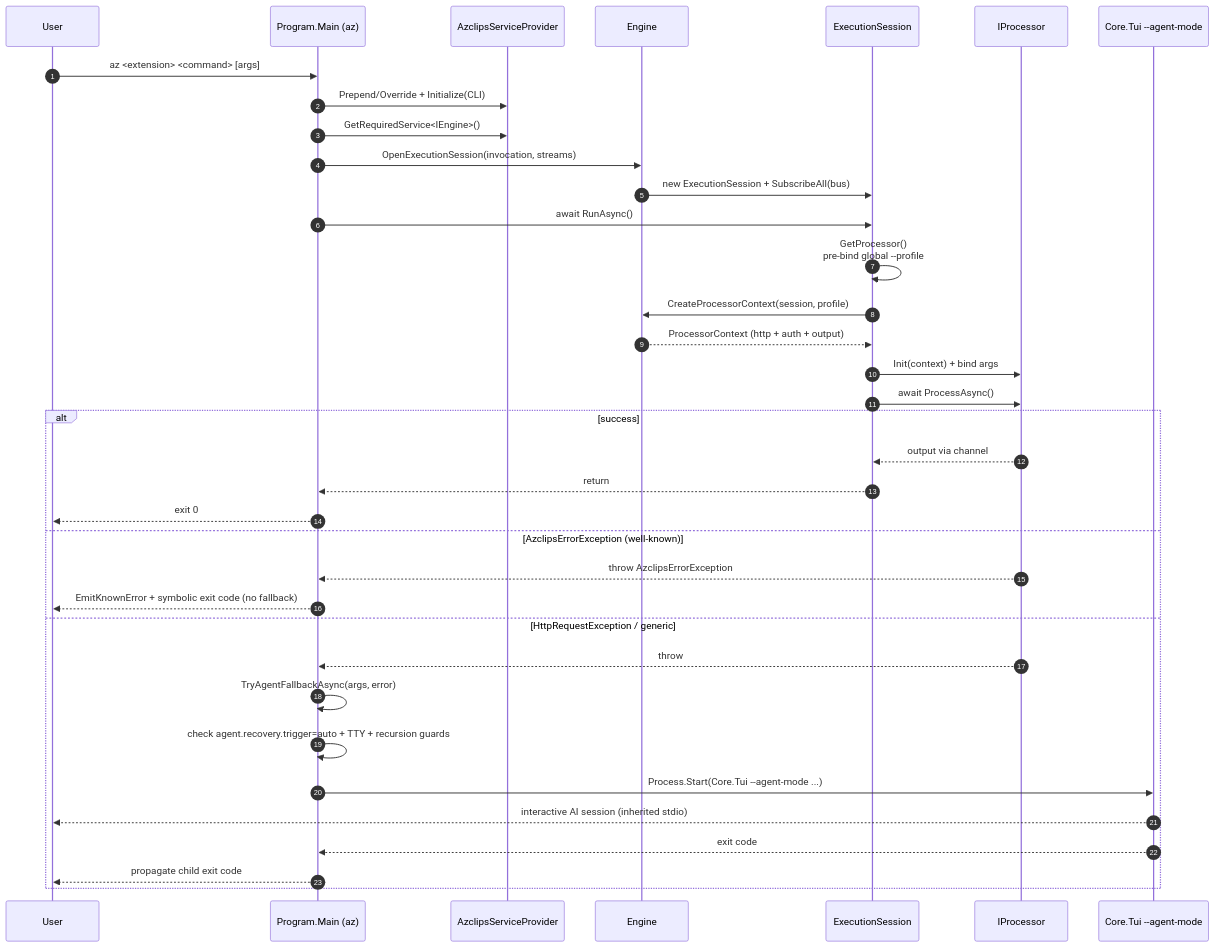
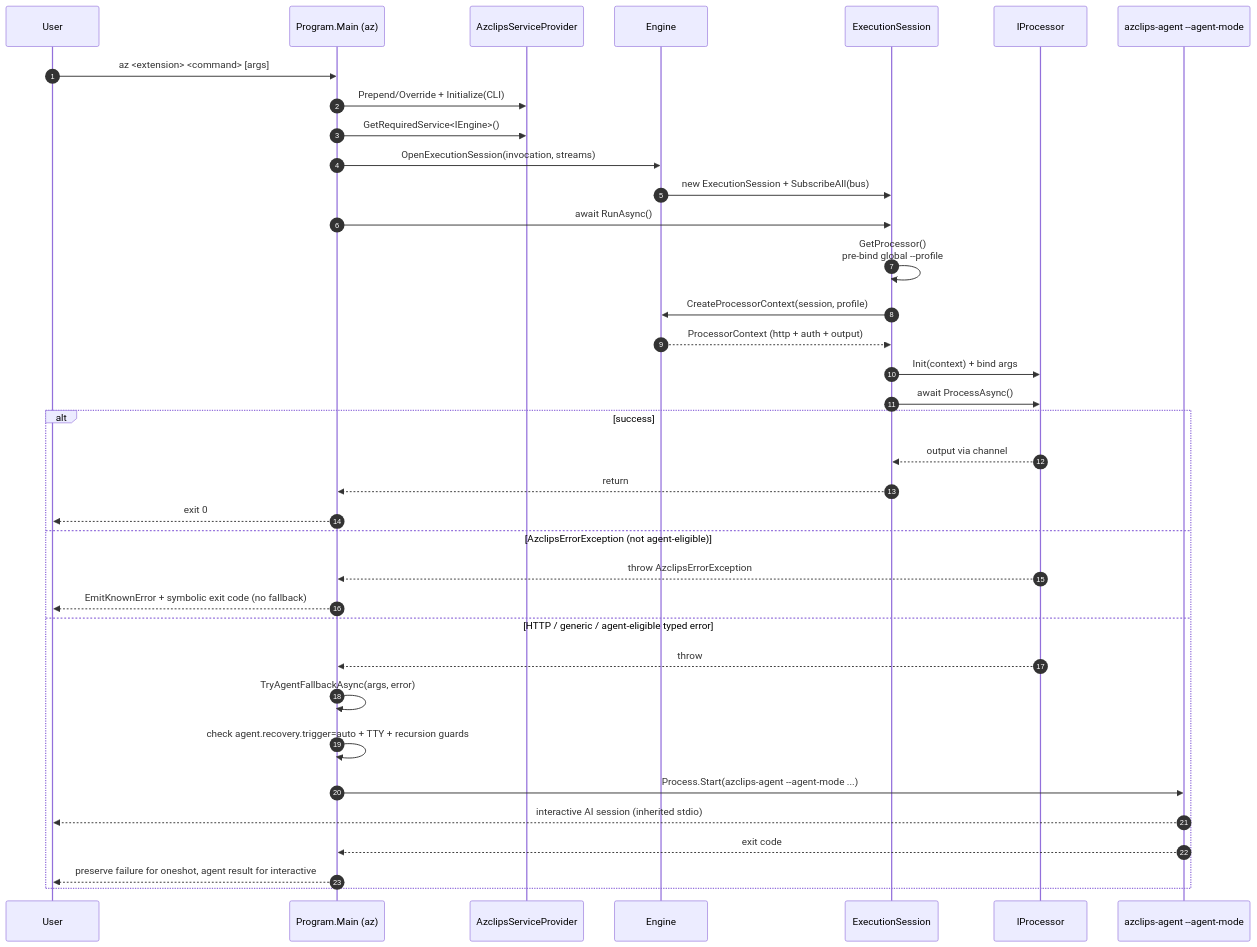
One commit to Azure/azclips changed the second of 2 diagrams in wiki/02-deep-dive/core-engine-orchestration.md. Above: the diagram before and after it, drawn with Mermaid. The commit also changed other lines of this file and 19 other files, not shown here.

````diff
--- a/wiki/02-deep-dive/core-engine-orchestration.md
+++ b/wiki/02-deep-dive/core-engine-orchestration.md
@@ -228,40 +235,40 @@
 ```mermaid
 sequenceDiagram
     autonumber
     participant User
     participant Main as Program.Main (az)
     participant DI as AzclipsServiceProvider
     participant Engine
     participant Session as ExecutionSession
     participant Proc as IProcessor
-    participant TUI as Core.Tui --agent-mode
+    participant TUI as azclips-agent --agent-mode
 
     User->>Main: az <extension> <command> [args]
     Main->>DI: Prepend/Override + Initialize(CLI)
     Main->>DI: GetRequiredService<IEngine>()
     Main->>Engine: OpenExecutionSession(invocation, streams)
     Engine->>Session: new ExecutionSession + SubscribeAll(bus)
     Main->>Session: await RunAsync()
     Session->>Session: GetProcessor()<br>pre-bind global --profile
     Session->>Engine: CreateProcessorContext(session, profile)
     Engine-->>Session: ProcessorContext (http + auth + output)
     Session->>Proc: Init(context) + bind args
     Session->>Proc: await ProcessAsync()
 
     alt success
         Proc-->>Session: output via channel
         Session-->>Main: return
         Main-->>User: exit 0
-    else AzclipsErrorException (well-known)
+    else AzclipsErrorException (not agent-eligible)
         Proc-->>Main: throw AzclipsErrorException
         Main-->>User: EmitKnownError + symbolic exit code (no fallback)
-    else HttpRequestException / generic
+    else HTTP / generic / agent-eligible typed error
         Proc-->>Main: throw
         Main->>Main: TryAgentFallbackAsync(args, error)
         Main->>Main: check agent.recovery.trigger=auto + TTY + recursion guards
-        Main->>TUI: Process.Start(Core.Tui --agent-mode ...)
+        Main->>TUI: Process.Start(azclips-agent --agent-mode ...)
         TUI-->>User: interactive AI session (inherited stdio)
         TUI-->>Main: exit code
-        Main-->>User: propagate child exit code
+        Main-->>User: preserve failure for oneshot, agent result for interactive
     end
 ```
````
